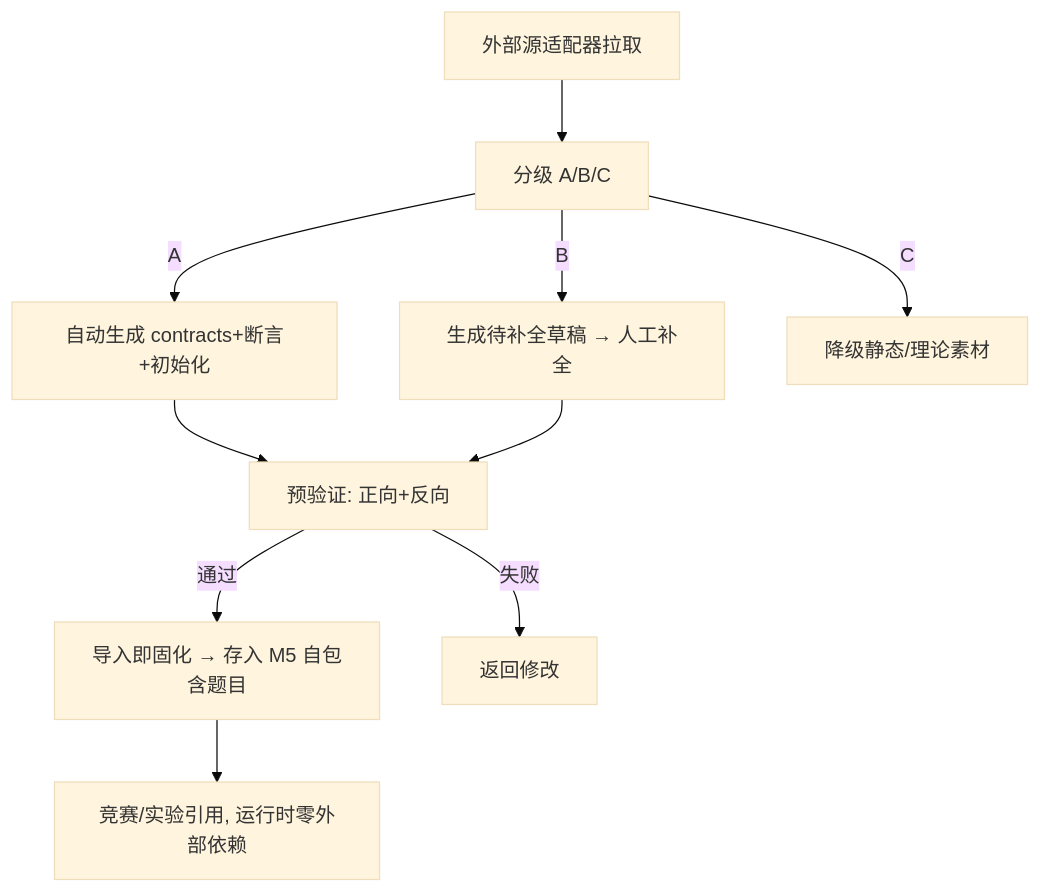
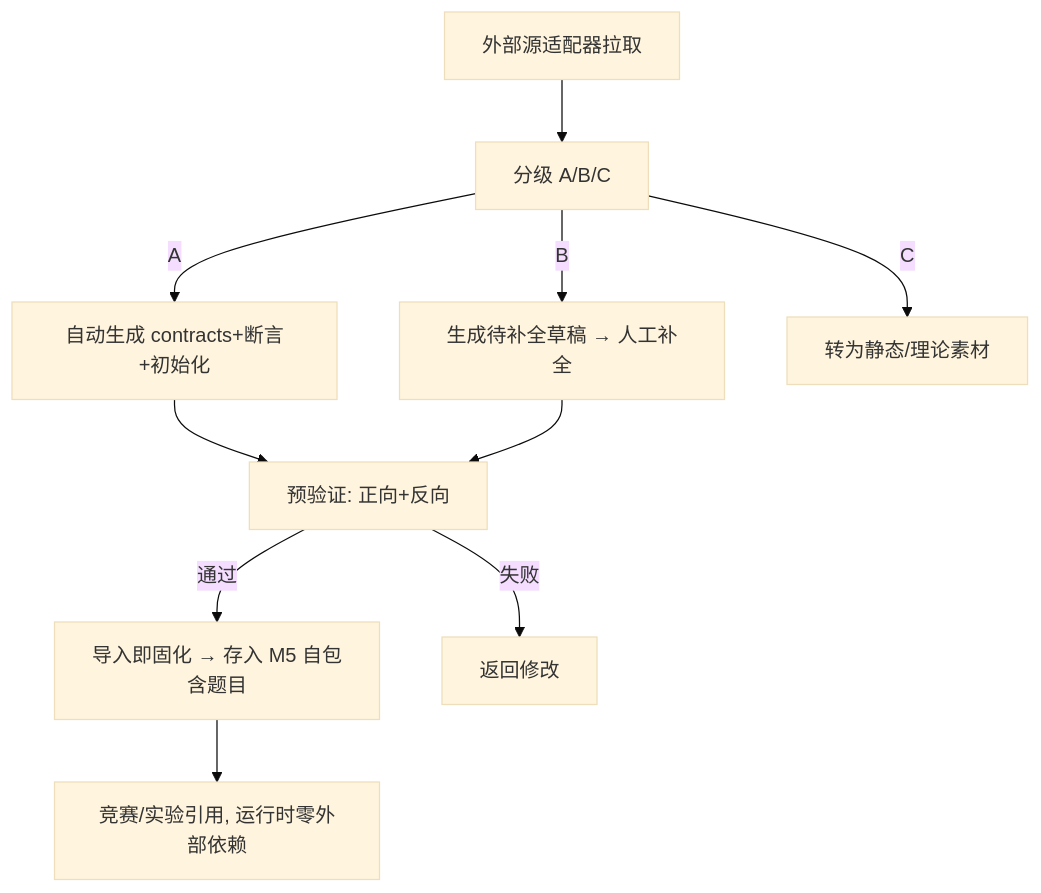
Before and after one commit to menghuishisan/CHAIMIR: the diagram in docs/08-竞赛/02-专题设计(对抗赛与漏洞源).md, drawn with Mermaid (base theme). The commit also changed other lines of this file and 499 other files, not shown here.

````diff
--- a/docs/08-竞赛/02-专题设计(对抗赛与漏洞源).md
+++ b/docs/08-竞赛/02-专题设计(对抗赛与漏洞源).md
@@ -153,12 +153,12 @@
 ```mermaid
 flowchart TD
     A[外部源适配器拉取] --> B[分级 A/B/C]
     B -->|A| C[自动生成 contracts+断言+初始化]
     B -->|B| D[生成待补全草稿 → 人工补全]
-    B -->|C| E[降级静态/理论素材]
+    B -->|C| E[转为静态/理论素材]
     C --> F[预验证: 正向+反向]
     D --> F
     F -->|通过| G[导入即固化 → 存入 M5 自包含题目]
     F -->|失败| H[返回修改]
     G --> I[竞赛/实验引用, 运行时零外部依赖]
 ```
````
